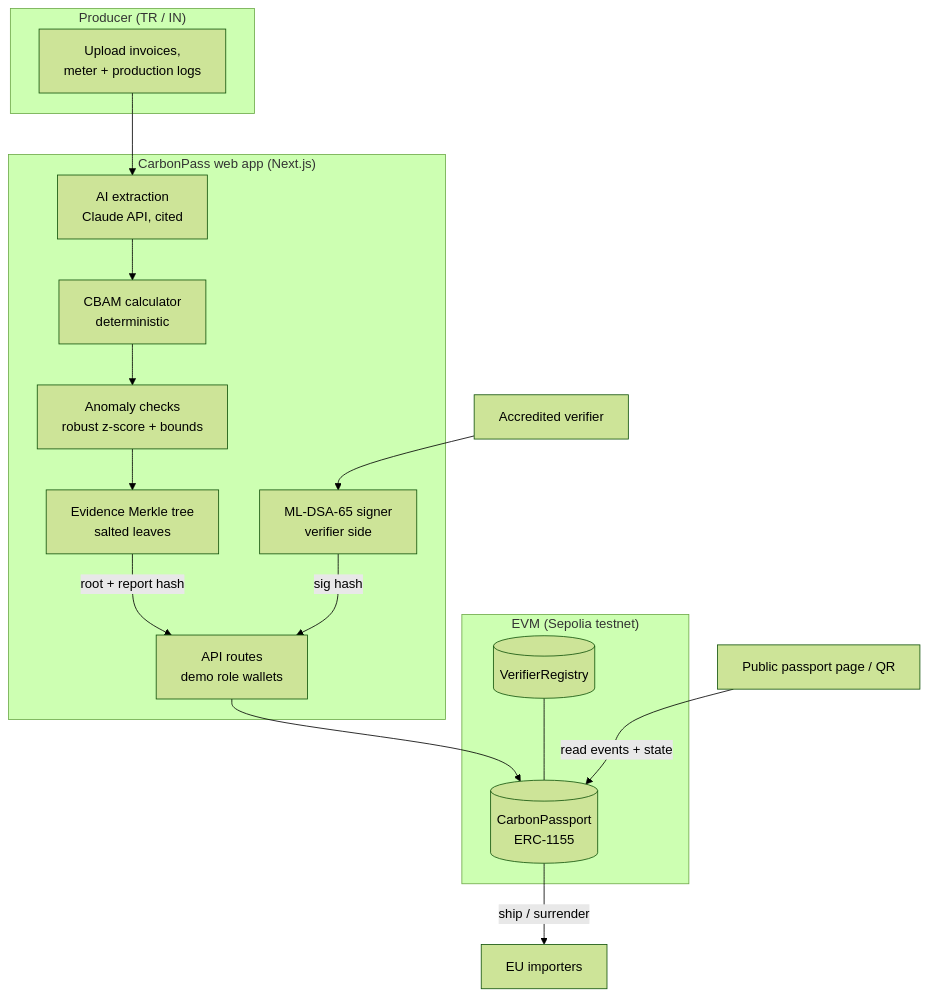
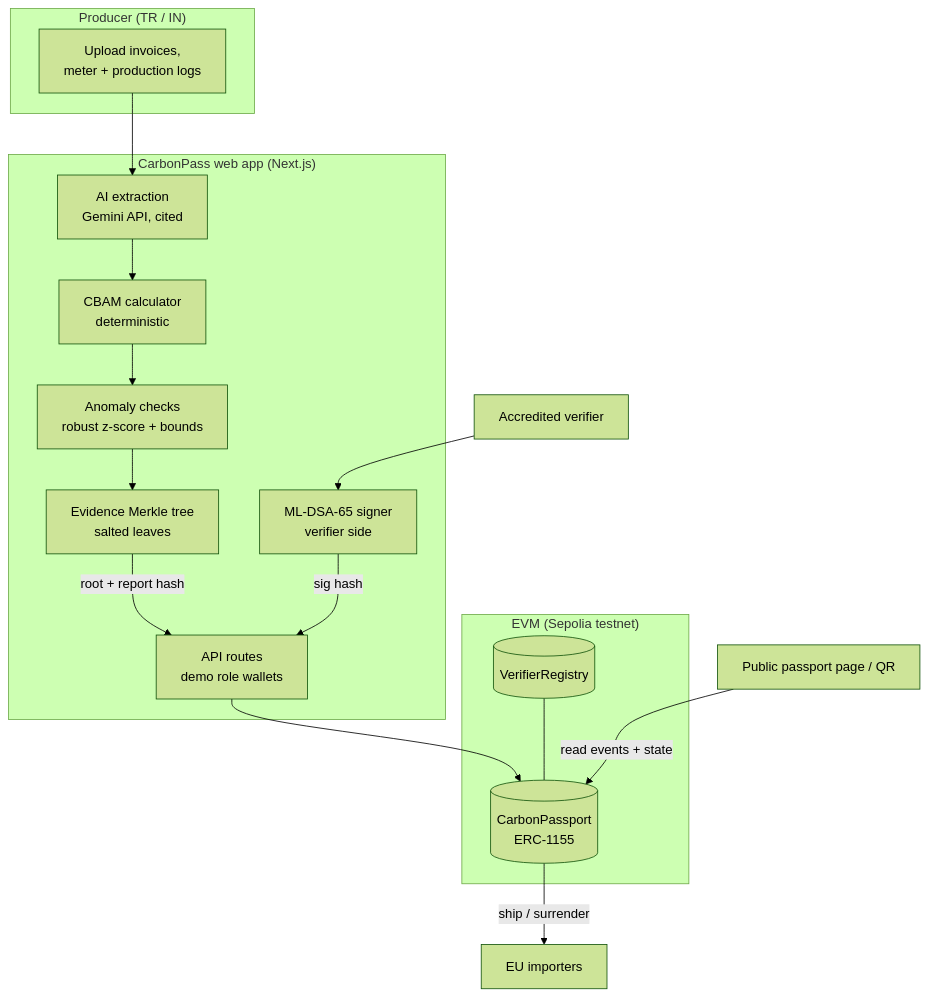
Before and after one commit to johnbosco-j/carbonpass: the first of 2 diagrams in docs/ARCHITECTURE.md, drawn with Mermaid (forest theme). The commit also changed other lines of this file and 7 other files, not shown here.

````diff
--- a/docs/ARCHITECTURE.md
+++ b/docs/ARCHITECTURE.md
@@ -5,28 +5,28 @@
 ```mermaid
 flowchart TB
   subgraph Producer["Producer (TR / IN)"]
     U[Upload invoices,<br/>meter + production logs]
   end
   subgraph App["CarbonPass web app (Next.js)"]
-    EX[AI extraction<br/>Claude API, cited]
+    EX[AI extraction<br/>Gemini API, cited]
     CALC[CBAM calculator<br/>deterministic]
     AN[Anomaly checks<br/>robust z-score + bounds]
     MT[Evidence Merkle tree<br/>salted leaves]
     PQ[ML-DSA-65 signer<br/>verifier side]
     API[API routes<br/>demo role wallets]
   end
   subgraph Chain["EVM (Sepolia testnet)"]
     REG[(VerifierRegistry)]
     CP[(CarbonPassport<br/>ERC-1155)]
   end
   V[Accredited verifier]
   I[EU importers]
   PUB[Public passport page / QR]
 
   U --> EX --> CALC --> AN --> MT
   MT -->|root + report hash| API --> CP
   V --> PQ -->|sig hash| API
   REG --- CP
   CP -->|ship / surrender| I
   PUB -->|read events + state| CP
 ```
````
